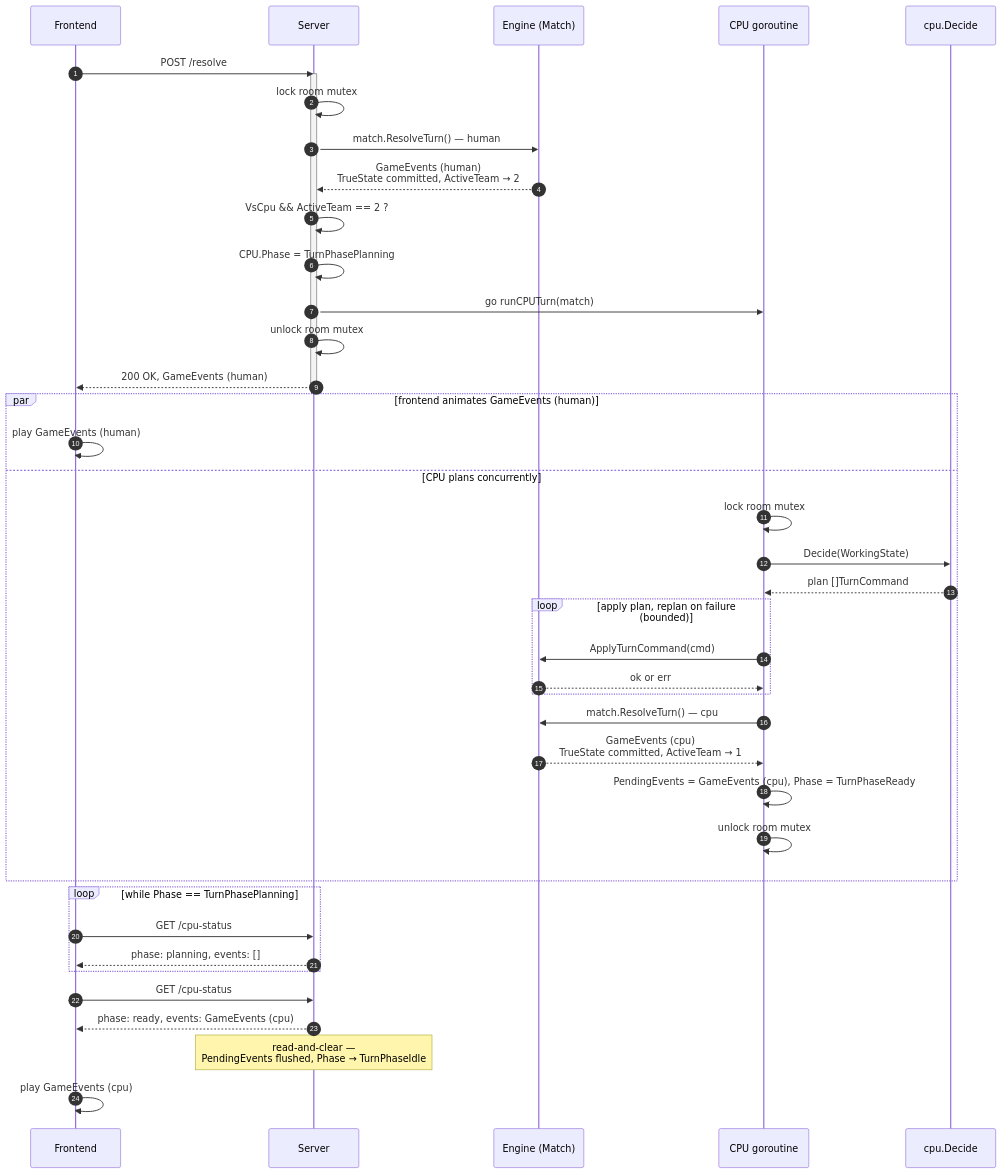
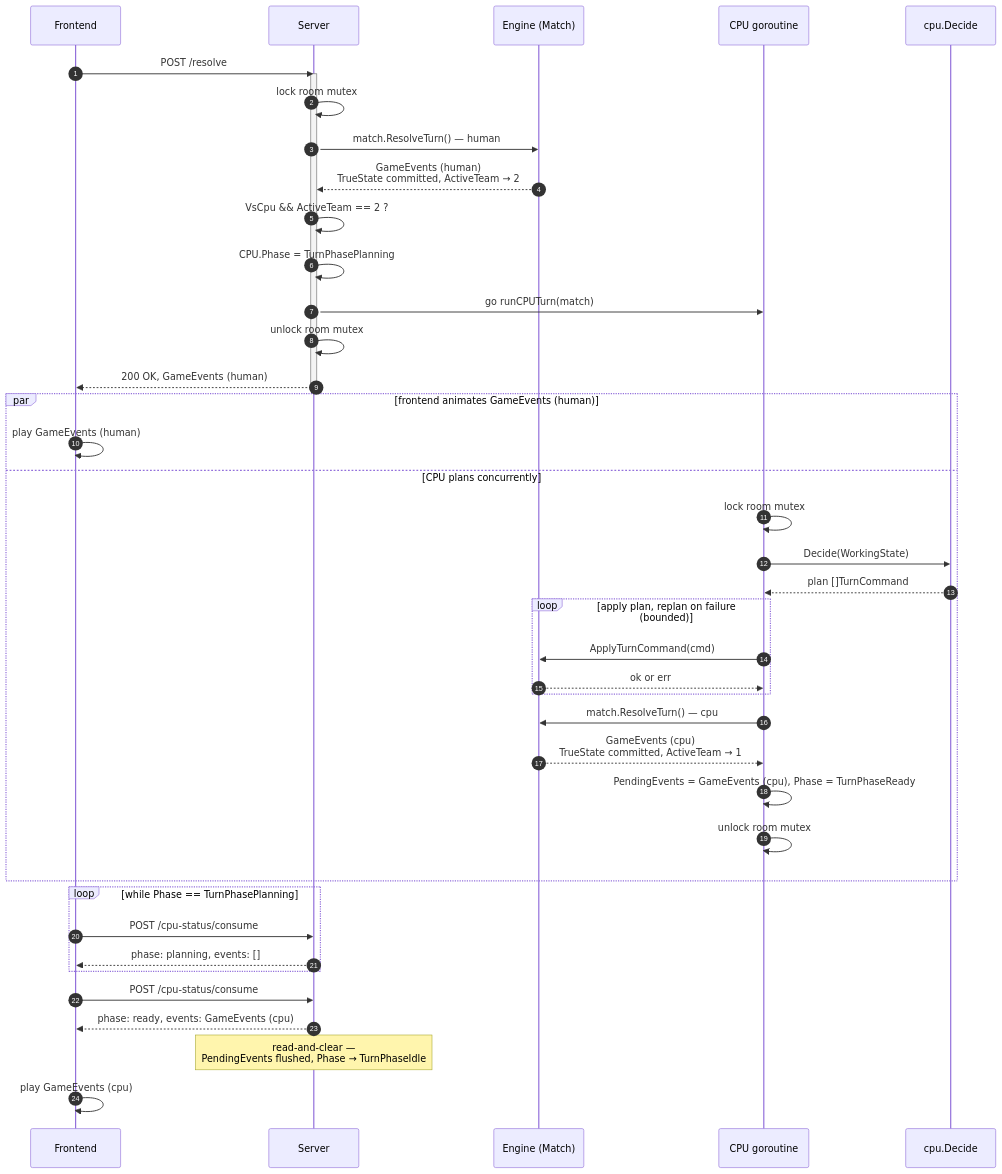
Before and after one commit to oscarhkli/bomb-srpg: the first of 2 diagrams in docs/diagrams/vs-cpu-turn-sequence.md, drawn with Mermaid. The commit also changed other lines of this file, not shown here.

Commit message:
docs(diagrams): switch /cpu-status to POST /cpu-status/consume
Read-and-clear mailbox semantics break GET idempotency; note the
future upgrade path to a non-destructive GET once an event journal
exists.

````diff
--- a/docs/diagrams/vs-cpu-turn-sequence.md
+++ b/docs/diagrams/vs-cpu-turn-sequence.md
@@ -5,46 +5,46 @@
 ```mermaid
 sequenceDiagram
     autonumber
     participant FE as Frontend
     participant SV as Server
     participant EN as Engine (Match)
     participant GO as CPU goroutine
     participant CP as cpu.Decide
 
     FE->>SV: POST /resolve
     activate SV
     SV->>SV: lock room mutex
     SV->>EN: match.ResolveTurn()  — human
     EN-->>SV: GameEvents (human)<br/>TrueState committed, ActiveTeam → 2
     SV->>SV: VsCpu && ActiveTeam == 2 ?
     SV->>SV: CPU.Phase = TurnPhasePlanning
     SV->>GO: go runCPUTurn(match)
     SV->>SV: unlock room mutex
     SV-->>FE: 200 OK, GameEvents (human)
     deactivate SV
 
     par frontend animates GameEvents (human)
         FE->>FE: play GameEvents (human)
     and CPU plans concurrently
         GO->>GO: lock room mutex
         GO->>CP: Decide(WorkingState)
         CP-->>GO: plan []TurnCommand
         loop apply plan, replan on failure (bounded)
             GO->>EN: ApplyTurnCommand(cmd)
             EN-->>GO: ok or err
         end
         GO->>EN: match.ResolveTurn()  — cpu
         EN-->>GO: GameEvents (cpu)<br/>TrueState committed, ActiveTeam → 1
         GO->>GO: PendingEvents = GameEvents (cpu), Phase = TurnPhaseReady
         GO->>GO: unlock room mutex
     end
 
     loop while Phase == TurnPhasePlanning
-        FE->>SV: GET /cpu-status
+        FE->>SV: POST /cpu-status/consume
         SV-->>FE: phase: planning, events: []
     end
-    FE->>SV: GET /cpu-status
+    FE->>SV: POST /cpu-status/consume
     SV-->>FE: phase: ready, events: GameEvents (cpu)
     Note over SV: read-and-clear —<br/>PendingEvents flushed, Phase → TurnPhaseIdle
     FE->>FE: play GameEvents (cpu)
 ```
````
